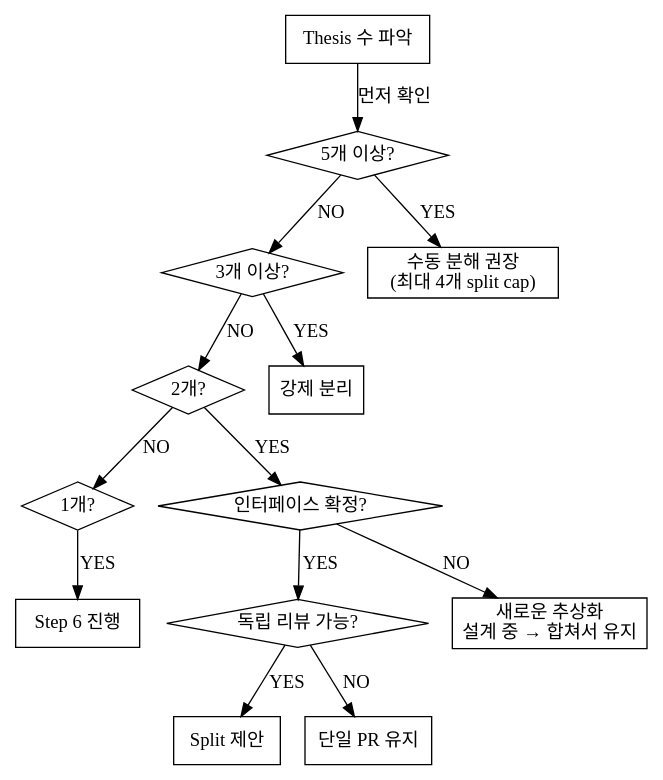
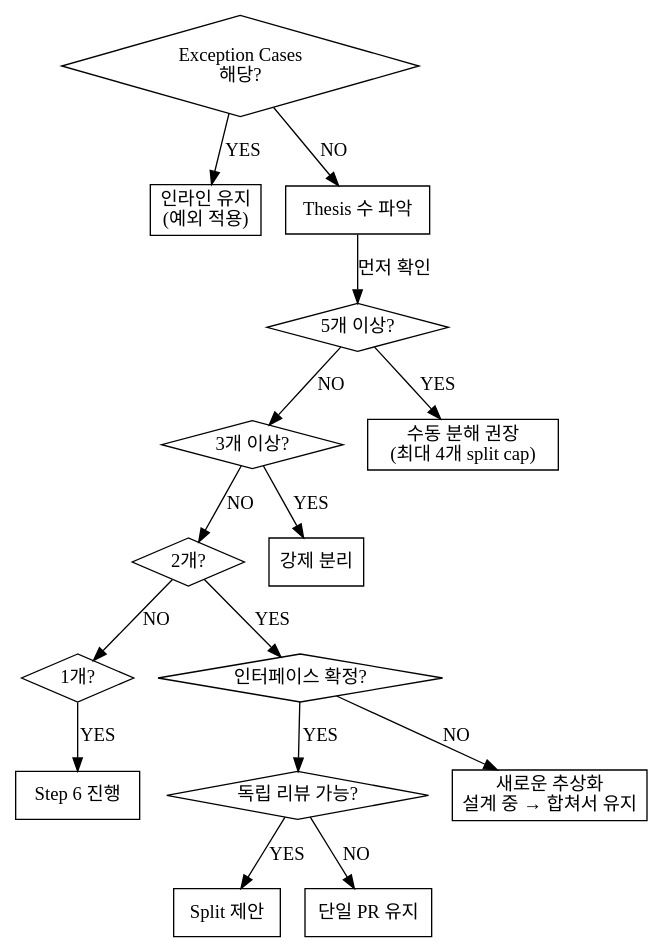
Before and after one commit to toongri/oh-my-toong-playground: the diagram in skills/make-pr/references/scope-assessment.md, drawn with Graphviz.

Commit message:
docs: scope-assessment 플로우차트 Exception Cases 노드 추가

````diff
--- a/skills/make-pr/references/scope-assessment.md
+++ b/skills/make-pr/references/scope-assessment.md
@@ -44,32 +44,36 @@
 ```dot
 digraph thesis_decision {
     rankdir=TB;
 
+    "Exception Cases\n해당?" [shape=diamond];
+    "인라인 유지\n(예외 적용)" [shape=box];
     "Thesis 수 파악" [shape=box];
     "1개?" [shape=diamond];
     "2개?" [shape=diamond];
     "3개 이상?" [shape=diamond];
     "5개 이상?" [shape=diamond];
     "Step 6 진행" [shape=box];
     "인터페이스 확정?" [shape=diamond];
     "독립 리뷰 가능?" [shape=diamond];
     "Split 제안" [shape=box];
     "단일 PR 유지" [shape=box];
     "새로운 추상화\n설계 중 → 합쳐서 유지" [shape=box];
     "강제 분리" [shape=box];
     "수동 분해 권장\n(최대 4개 split cap)" [shape=box];
 
+    "Exception Cases\n해당?" -> "인라인 유지\n(예외 적용)" [label="YES"];
+    "Exception Cases\n해당?" -> "Thesis 수 파악" [label="NO"];
     "Thesis 수 파악" -> "5개 이상?" [label="먼저 확인"];
     "5개 이상?" -> "수동 분해 권장\n(최대 4개 split cap)" [label="YES"];
     "5개 이상?" -> "3개 이상?" [label="NO"];
     "3개 이상?" -> "강제 분리" [label="YES"];
     "3개 이상?" -> "2개?" [label="NO"];
     "2개?" -> "인터페이스 확정?" [label="YES"];
     "2개?" -> "1개?" [label="NO"];
     "1개?" -> "Step 6 진행" [label="YES"];
     "인터페이스 확정?" -> "독립 리뷰 가능?" [label="YES"];
     "인터페이스 확정?" -> "새로운 추상화\n설계 중 → 합쳐서 유지" [label="NO"];
     "독립 리뷰 가능?" -> "Split 제안" [label="YES"];
     "독립 리뷰 가능?" -> "단일 PR 유지" [label="NO"];
 }
 ```
````
